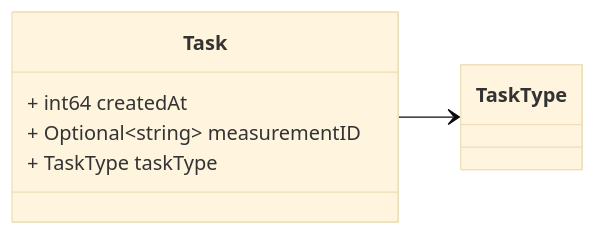
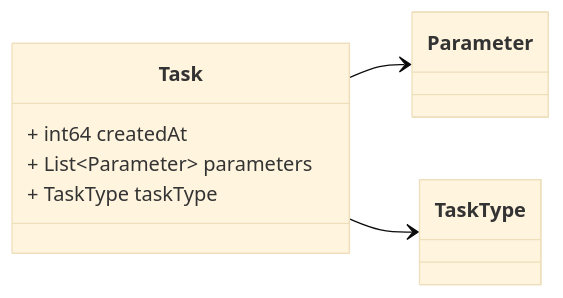
One commit to zaphiro-technologies/protobuf changed the fourth of 5 diagrams in docs/task.proto.md. Above: the diagram before and after it, drawn with Mermaid (base theme). The commit also changed other lines of this file and 3 other files, not shown here.

````diff
--- a/docs/task.proto.md
+++ b/docs/task.proto.md
@@ -83,14 +97,15 @@
 ```mermaid
 classDiagram
 direction LR
 
 %% A task message. Headers used in rabbitMQ: * `id`: id of the `Task` * `type`: always `Task` * `producerId`: the id of the producer (e.g. a PMU) linked to the notification. * `timestampId`: related measurement timestamp (if any) * `taskType`: The textual representation of the task type.
 
 class Task {
   + int64 createdAt
-  + Optional~string~ measurementID
+  + List~Parameter~ parameters
   + TaskType taskType
 }
+Task --> `Parameter`
 Task --> `TaskType`
 
 ```
````
